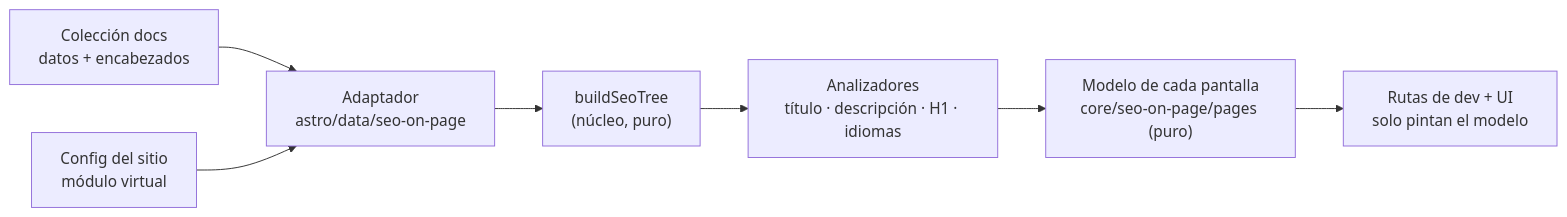
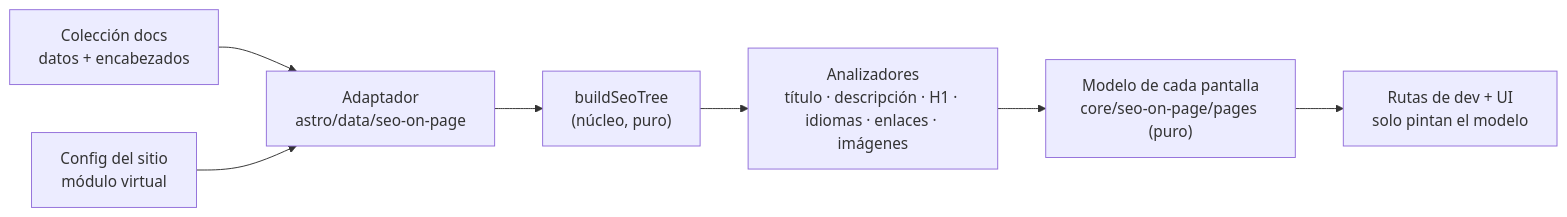
Before and after one commit to velezanthony/design: the diagram in docs/src/content/docs/integracion/seo-on-page.md, drawn with Mermaid. The commit also changed other lines of this file and 1 other file, not shown here.

````diff
--- a/docs/src/content/docs/integracion/seo-on-page.md
+++ b/docs/src/content/docs/integracion/seo-on-page.md
@@ -43,9 +43,9 @@
 ```mermaid
 flowchart LR
   col["Colección docs<br/>datos + encabezados"] --> ad["Adaptador<br/>astro/data/seo-on-page"]
   cfg["Config del sitio<br/>módulo virtual"] --> ad
   ad --> tree["buildSeoTree<br/>(núcleo, puro)"]
-  tree --> an["Analizadores<br/>título · descripción · H1 · idiomas"]
+  tree --> an["Analizadores<br/>título · descripción · H1 · idiomas · enlaces · imágenes"]
   an --> model["Modelo de cada pantalla<br/>core/seo-on-page/pages (puro)"]
   model --> ui["Rutas de dev + UI<br/>solo pintan el modelo"]
 ```
````
